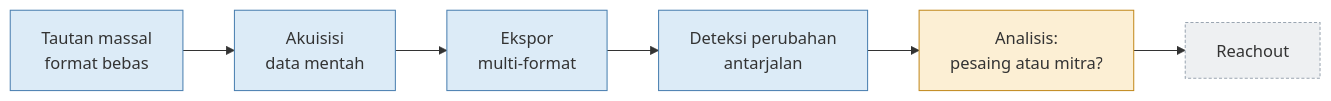
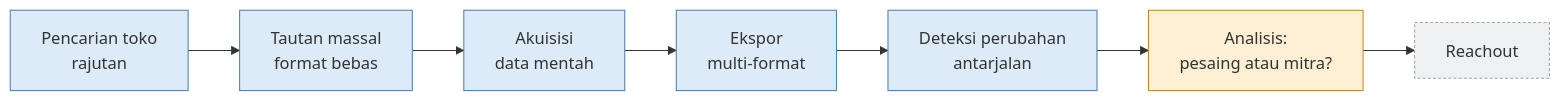
The diagram in docs/product/prd.md (Wooden-Ships-Knits/scrapping-bot), drawn with Mermaid before and after one commit. The commit also changed other lines of this file and 30 other files, not shown here.

````diff
--- a/docs/product/prd.md
+++ b/docs/product/prd.md
@@ -50,15 +52,16 @@
 ```mermaid
 flowchart LR
+    S[Pencarian toko<br/>rajutan] --> A
     A[Tautan massal<br/>format bebas] --> B[Akuisisi<br/>data mentah]
     B --> C[Ekspor<br/>multi-format]
     C --> D[Deteksi perubahan<br/>antarjalan]
     D --> E[Analisis:<br/>pesaing atau mitra?]
     E --> F[Reachout]
 
     classDef inscope fill:#DCEBF7,stroke:#4A7FB0
     classDef next fill:#FCEFD4,stroke:#C28A1E
     classDef later fill:#EEF0F2,stroke:#9AA5B1,stroke-dasharray:3 2
-    class A,B,C,D inscope
+    class S,A,B,C,D inscope
     class E next
     class F later
 ```
````
